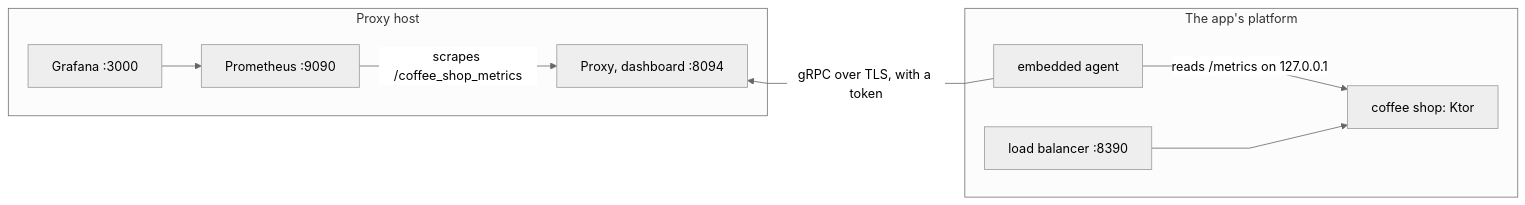
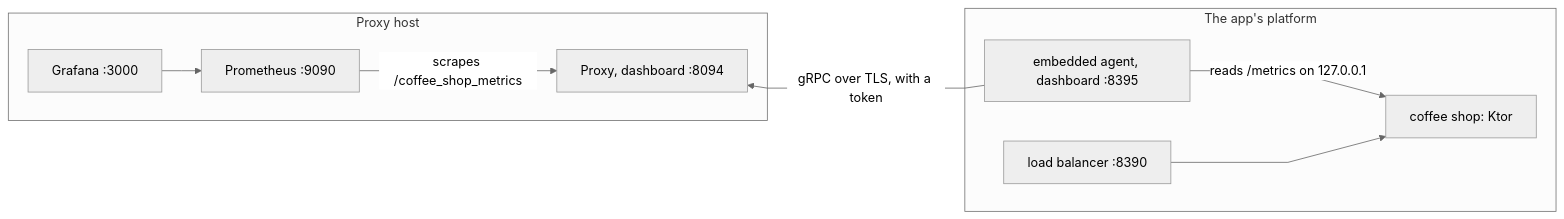
Before and after one commit to pambrose/prometheus-proxy: the diagram in website/prometheus-proxy/docs/embedded-demo.md, drawn with Mermaid (neutral theme). The commit also changed other lines of this file and 112 other files, not shown here.

First line of the commit message:
Add an Activity view to the agent's dashboard, its Helm values, a theme button, and the agent's side to every demo (#483)

````diff
--- a/website/prometheus-proxy/docs/embedded-demo.md
+++ b/website/prometheus-proxy/docs/embedded-demo.md
@@ -12,23 +12,23 @@
 ``` mermaid
 %%{init: {'flowchart': {'curve': 'linear'}}}%%
 graph LR
   G[Grafana :3000] --> P[Prometheus :9090]
   P -->|scrapes /coffee_shop_metrics| Proxy[Proxy, dashboard :8094]
   %% The agent connects out to the proxy, so its arrow points back. The invisible link keeps the app to the right.
   Proxy ~~~ Agent
-  Agent[embedded agent] -->|gRPC over TLS, with a token| Proxy
+  Agent[embedded agent, dashboard :8395] -->|gRPC over TLS, with a token| Proxy
   Agent -->|reads /metrics on 127.0.0.1| App[coffee shop: Ktor]
   LB[load balancer :8390] --> App
 
   subgraph Proxy host
     G
     P
     Proxy
   end
 
   subgraph The app's platform
     LB
     Agent
     App
   end
 ```
````
